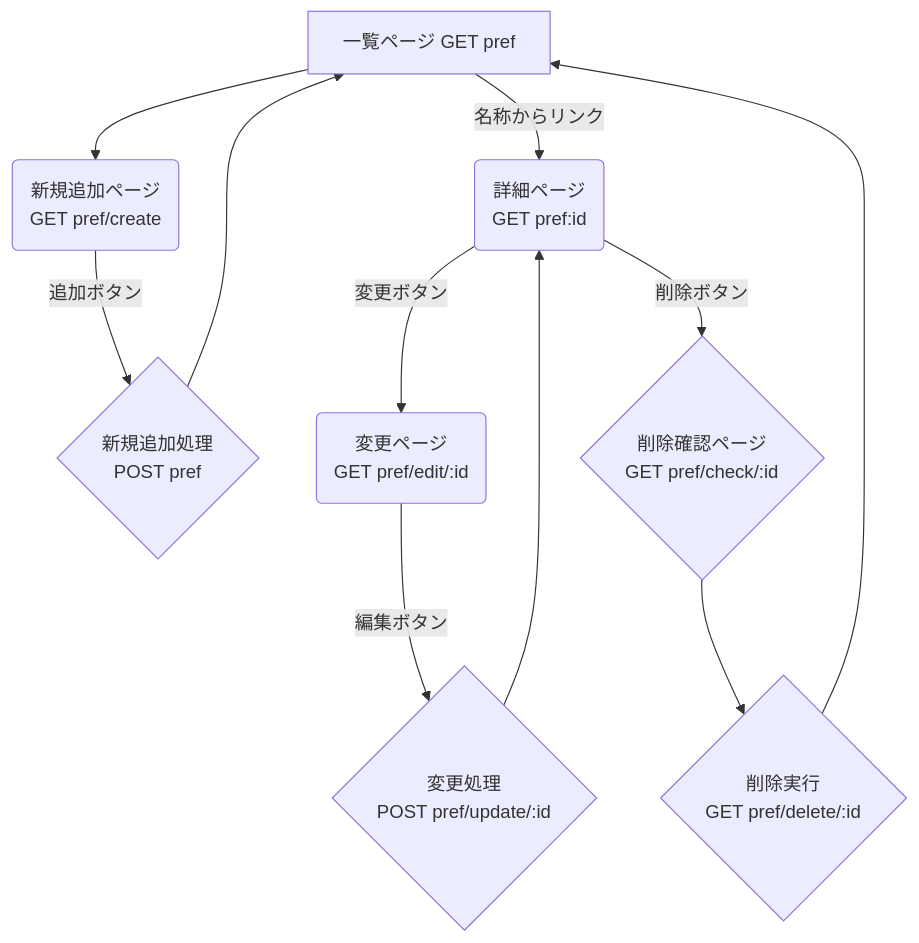
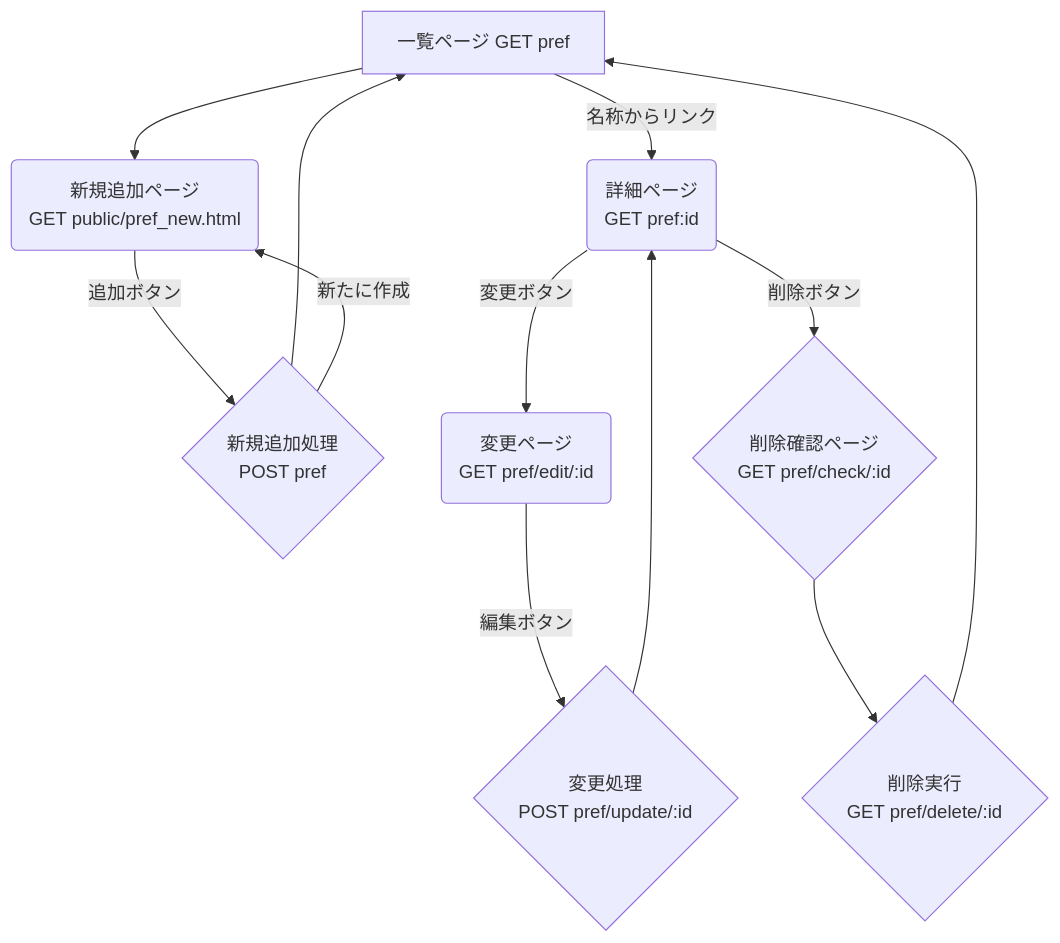
One commit to crab2424/webpro_submit changed the diagram in document/fig/dev_pref/flowchart.md. Above: the diagram before and after it, drawn with Mermaid. The commit also changed 7 other files, not shown here.

````diff
--- a/document/fig/dev_pref/flowchart.md
+++ b/document/fig/dev_pref/flowchart.md
@@ -1,19 +1,20 @@
 ```mermaid
 graph TD
     A[一覧ページ GET pref] --> |名称からリンク|B(詳細ページ<br>GET pref:id);
-    A --> C(新規追加ページ<br>GET pref/create);
+    A --> C(新規追加ページ<br>GET public/pref_new.html);
 
     C --> |追加ボタン|D{新規追加処理<br>POST pref};
     D --> A;
+    D --> |新たに作成|C;
 
     B --> |変更ボタン|E(変更ページ<br>GET pref/edit/:id);
     B --> |削除ボタン|F{削除確認ページ<br>GET pref/check/:id};
 
     E --> |編集ボタン|G{変更処理<br>POST pref/update/:id};
     F --> H{削除実行<br>GET pref/delete/:id};
 
     G --> B;
     H --> A;
 
 
 ```
````
